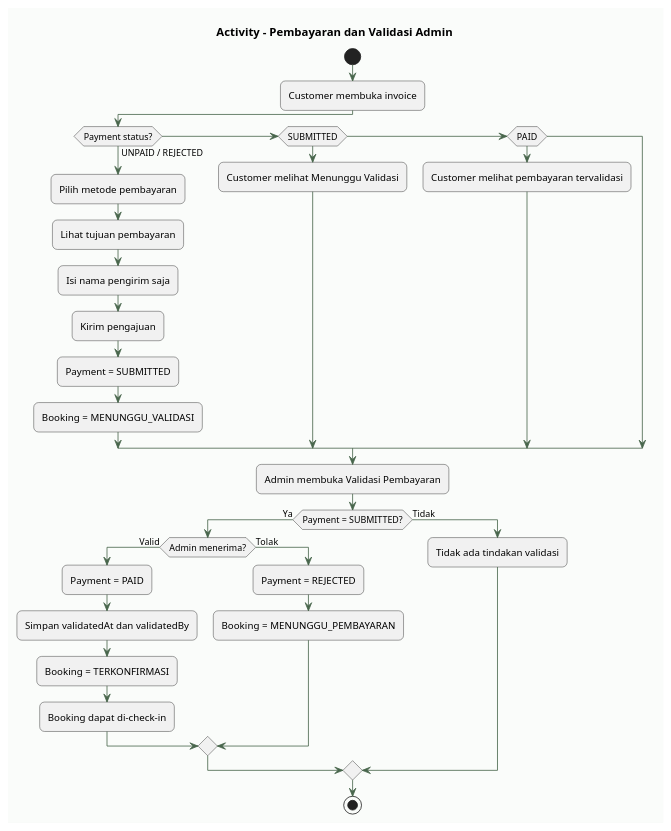
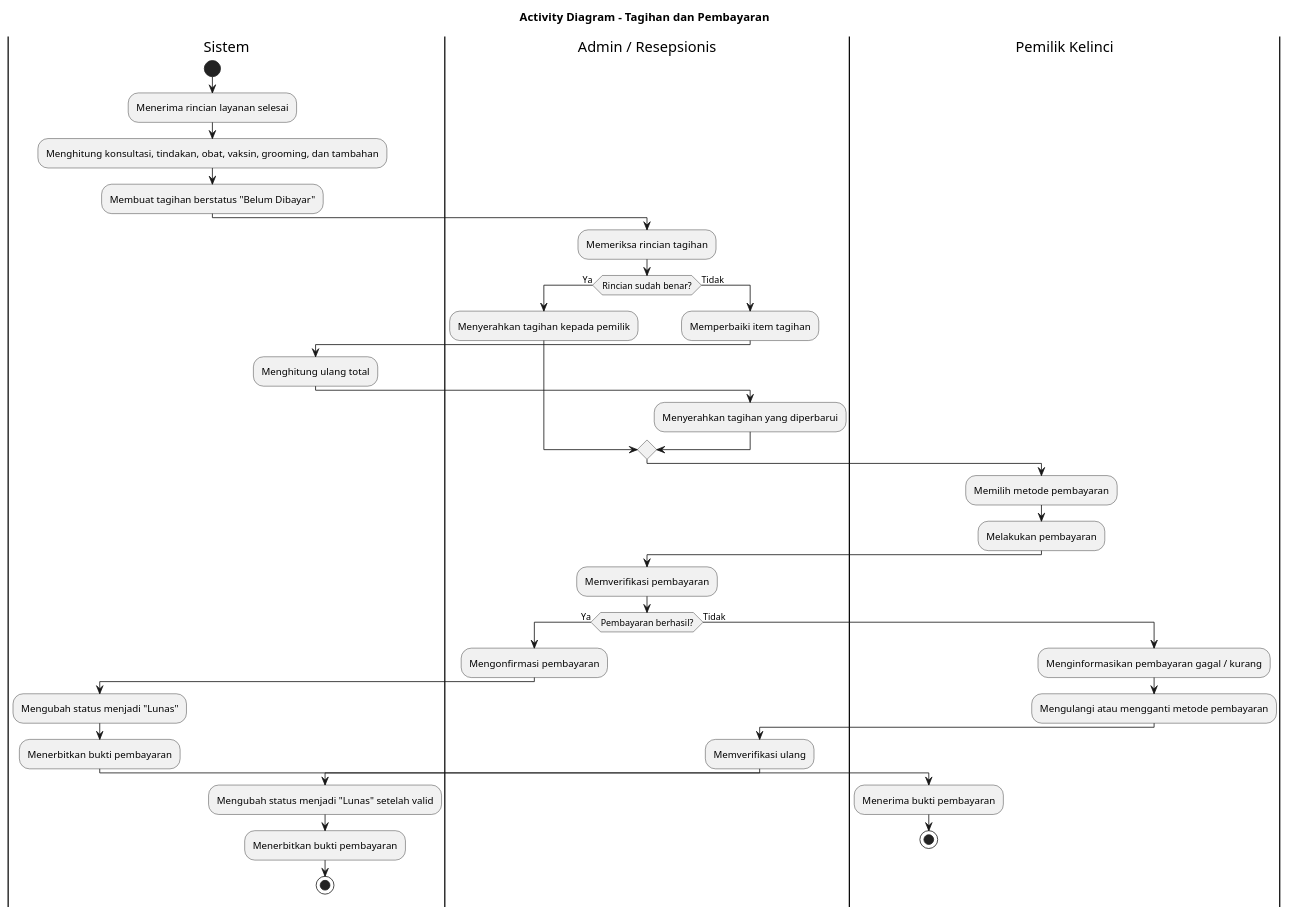
The diagram in diagrams/09_activity_payment_validation.puml (audyyagustin/rabbitcare-apsi), drawn with PlantUML before and after one commit.

```diff
--- a/diagrams/09_activity_payment_validation.puml
+++ b/diagrams/09_activity_payment_validation.puml
@@ -1,40 +1,48 @@
 @startuml
 skinparam shadowing false
-skinparam roundcorner 12
-skinparam defaultFontName Arial
-skinparam ArrowColor #48664C
-skinparam BorderColor #48664C
-skinparam BackgroundColor #FAFCFA
-skinparam NoteBackgroundColor #FFF7E8
-skinparam NoteBorderColor #D99A43
-title Activity - Pembayaran dan Validasi Admin
+title Activity Diagram - Tagihan dan Pembayaran
+
+|Sistem|
 start
-:Customer membuka invoice;
-if (Payment status?) then (UNPAID / REJECTED)
-  :Pilih metode pembayaran;
-  :Lihat tujuan pembayaran;
-  :Isi nama pengirim saja;
-  :Kirim pengajuan;
-  :Payment = SUBMITTED;
-  :Booking = MENUNGGU_VALIDASI;
-elseif (SUBMITTED)
-  :Customer melihat Menunggu Validasi;
-elseif (PAID)
-  :Customer melihat pembayaran tervalidasi;
+:Menerima rincian layanan selesai;
+:Menghitung konsultasi, tindakan, obat, vaksin, grooming, dan tambahan;
+:Membuat tagihan berstatus "Belum Dibayar";
+
+|Admin / Resepsionis|
+:Memeriksa rincian tagihan;
+if (Rincian sudah benar?) then (Ya)
+  :Menyerahkan tagihan kepada pemilik;
+else (Tidak)
+  :Memperbaiki item tagihan;
+  |Sistem|
+  :Menghitung ulang total;
+  |Admin / Resepsionis|
+  :Menyerahkan tagihan yang diperbarui;
 endif
-:Admin membuka Validasi Pembayaran;
-if (Payment = SUBMITTED?) then (Ya)
-  if (Admin menerima?) then (Valid)
-    :Payment = PAID;
-    :Simpan validatedAt dan validatedBy;
-    :Booking = TERKONFIRMASI;
-    :Booking dapat di-check-in;
-  else (Tolak)
-    :Payment = REJECTED;
-    :Booking = MENUNGGU_PEMBAYARAN;
-  endif
+
+|Pemilik Kelinci|
+:Memilih metode pembayaran;
+:Melakukan pembayaran;
+
+|Admin / Resepsionis|
+:Memverifikasi pembayaran;
+if (Pembayaran berhasil?) then (Ya)
+  :Mengonfirmasi pembayaran;
+  |Sistem|
+  :Mengubah status menjadi "Lunas";
+  :Menerbitkan bukti pembayaran;
+  |Pemilik Kelinci|
+  :Menerima bukti pembayaran;
+  stop
 else (Tidak)
-  :Tidak ada tindakan validasi;
+  :Menginformasikan pembayaran gagal / kurang;
+  |Pemilik Kelinci|
+  :Mengulangi atau mengganti metode pembayaran;
+  |Admin / Resepsionis|
+  :Memverifikasi ulang;
+  |Sistem|
+  :Mengubah status menjadi "Lunas" setelah valid;
+  :Menerbitkan bukti pembayaran;
+  stop
 endif
-stop
 @enduml
```
